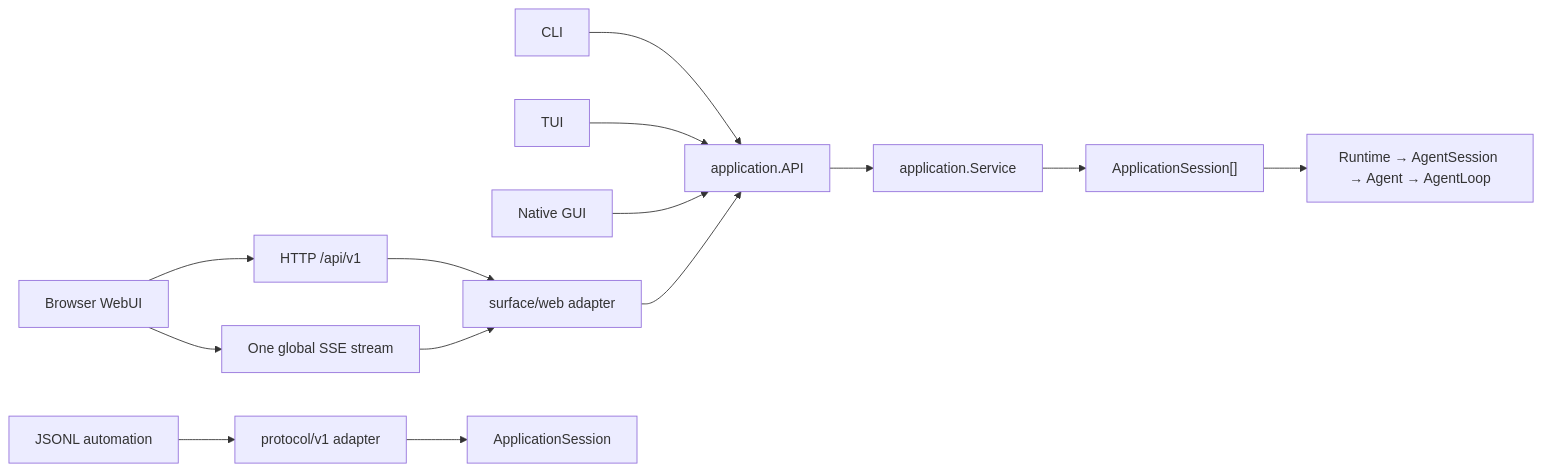
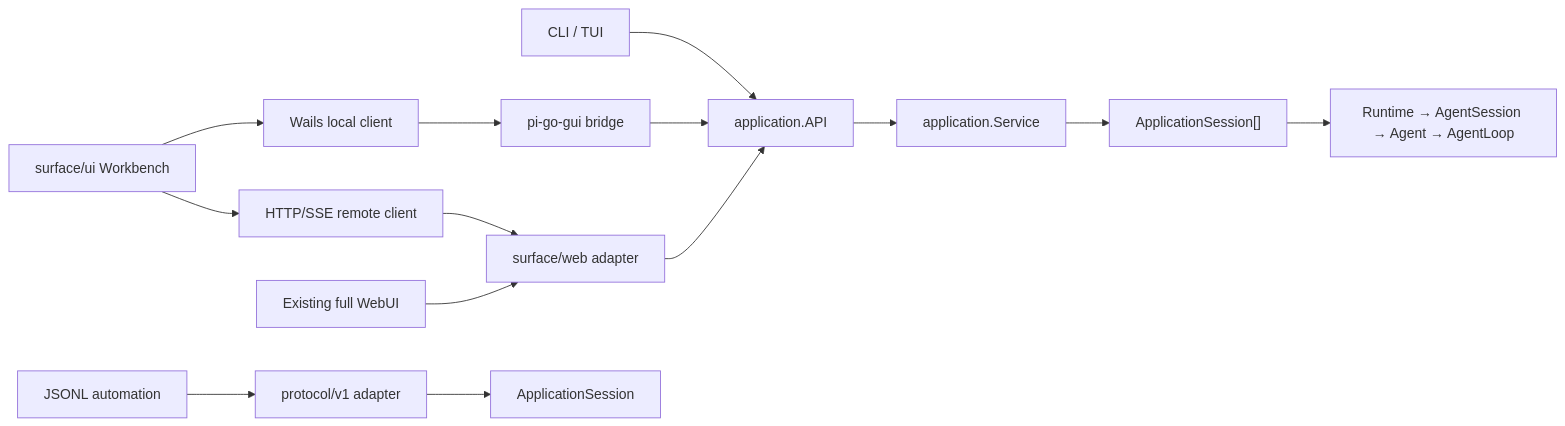
The diagram in docs/SURFACES.md (cat3399/pi-go), drawn with Mermaid before and after one commit. The commit also changed other lines of this file and 59 other files, not shown here.

Commit message:
feat(gui): add standalone desktop workbench

````diff
--- a/docs/SURFACES.md
+++ b/docs/SURFACES.md
@@ -8,16 +9,16 @@
 ```mermaid
 flowchart LR
-    CLI["CLI"] --> API["application.API"]
-    TUI["TUI"] --> API
-    GUI["Native GUI"] --> API
-    Browser["Browser WebUI"] --> HTTP["HTTP /api/v1"]
-    Browser --> SSE["One global SSE stream"]
-    HTTP --> Web["surface/web adapter"]
-    SSE --> Web
+    CLI["CLI / TUI"] --> API["application.API"]
+    Workbench["surface/ui Workbench"] --> LocalClient["Wails local client"]
+    Workbench --> RemoteClient["HTTP/SSE remote client"]
+    LocalClient --> GUIBridge["pi-go-gui bridge"]
+    GUIBridge --> API
+    RemoteClient --> Web["surface/web adapter"]
+    ExistingWeb["Existing full WebUI"] --> Web
     Web --> API
     RPC["JSONL automation"] --> Protocol["protocol/v1 adapter"]
     Protocol --> Session["ApplicationSession"]
     API --> Service["application.Service"]
     Service --> Sessions["ApplicationSession[]"]
     Sessions --> Runtime["Runtime → AgentSession → Agent → AgentLoop"]
 ```
````
